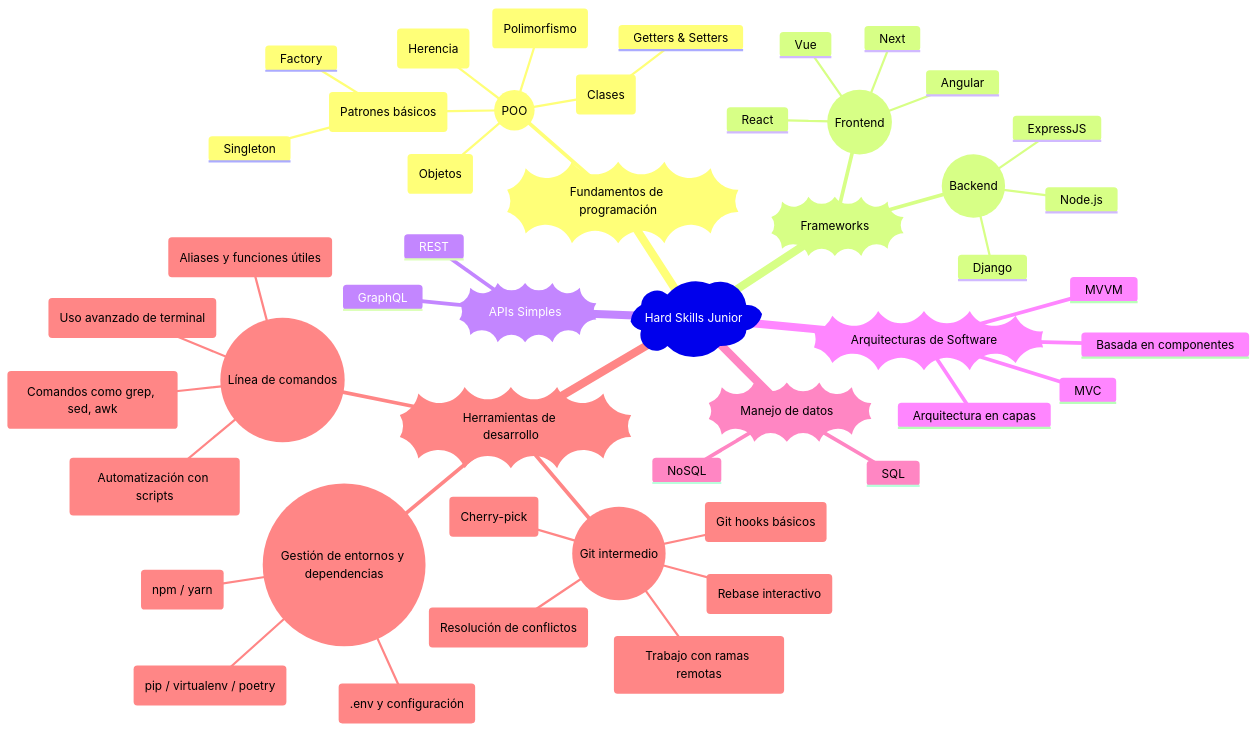
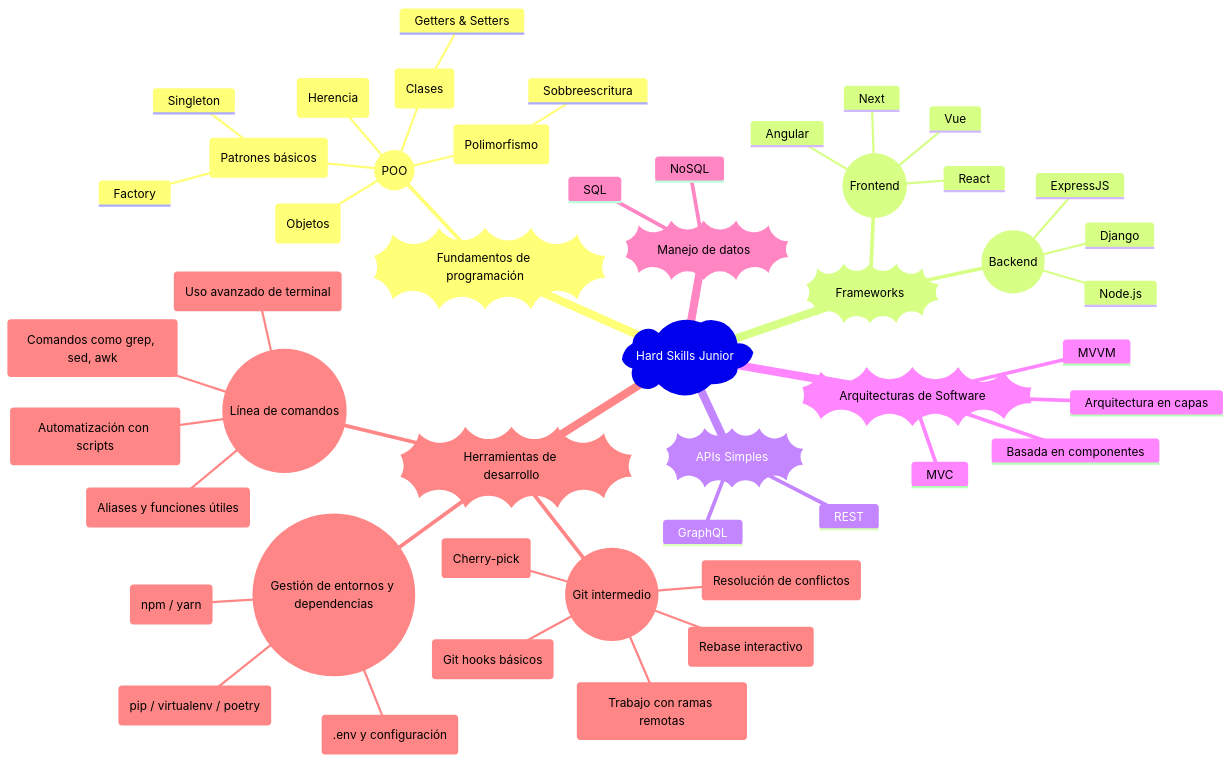
One commit to EdgarRangelInnovate/EdgarRangelInnovate changed the first of 4 diagrams in knowledge/tech/junior.md. Above: the diagram before and after it, drawn with Mermaid. The commit also changed other lines of this file, not shown here.

````diff
--- a/knowledge/tech/junior.md
+++ b/knowledge/tech/junior.md
@@ -9,51 +9,52 @@
 ```mermaid
 mindmap
   root)Hard Skills Junior((
     ))Fundamentos de programación((
       ((POO))
         (Clases)
           Getters & Setters
         (Objetos)
         (Herencia)
         (Polimorfismo)
+          Sobbreescritura
         (Patrones básicos)
           Factory
           Singleton
     ))Frameworks((
       ((Frontend))
         React
         Angular
         Vue
         Next
       ((Backend))
         Django
         ExpressJS
         Node.js
     ))APIs Simples((
       REST
       GraphQL
     ))Arquitecturas de Software((
       MVC
       MVVM
       Arquitectura en capas
       Basada en componentes
     ))Manejo de datos((
       SQL
       NoSQL
     ))Herramientas de desarrollo((
       ((Git intermedio))
         (Resolución de conflictos)
         (Rebase interactivo)
         (Cherry-pick)
         (Trabajo con ramas remotas)
         (Git hooks básicos)
       ((Gestión de entornos y dependencias))
         (npm / yarn)
         (pip / virtualenv / poetry)
         (.env y configuración)
       ((Línea de comandos))
         (Uso avanzado de terminal)
         (Automatización con scripts)
         (Aliases y funciones útiles)
         (Comandos como grep, sed, awk)
 ```
````
